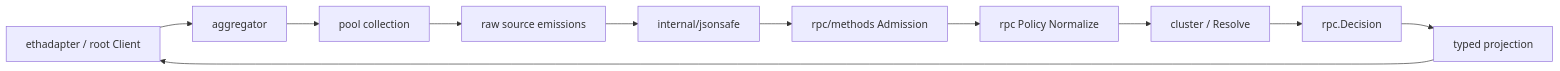
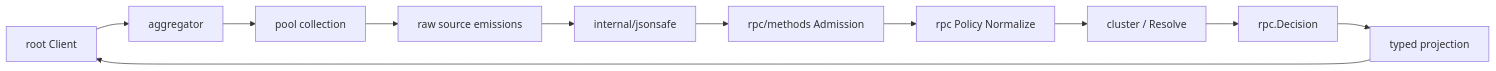
Before and after one commit to codermaybe/ethguard: the diagram in docs/design/architecture-record.md, drawn with Mermaid. The commit also changed other lines of this file and 15 other files, not shown here.

````diff
--- a/docs/design/architecture-record.md
+++ b/docs/design/architecture-record.md
@@ -23,13 +23,13 @@
 ```mermaid
 flowchart LR
-    A[ethadapter / root Client] --> B[aggregator]
+    A[root Client] --> B[aggregator]
     B --> C[pool collection]
     C --> D[raw source emissions]
     D --> E[internal/jsonsafe]
     E --> F[rpc/methods Admission]
     F --> G[rpc Policy Normalize]
     G --> H[cluster / Resolve]
     H --> I[rpc.Decision]
     I --> J[typed projection]
     J --> A
 ```
````
